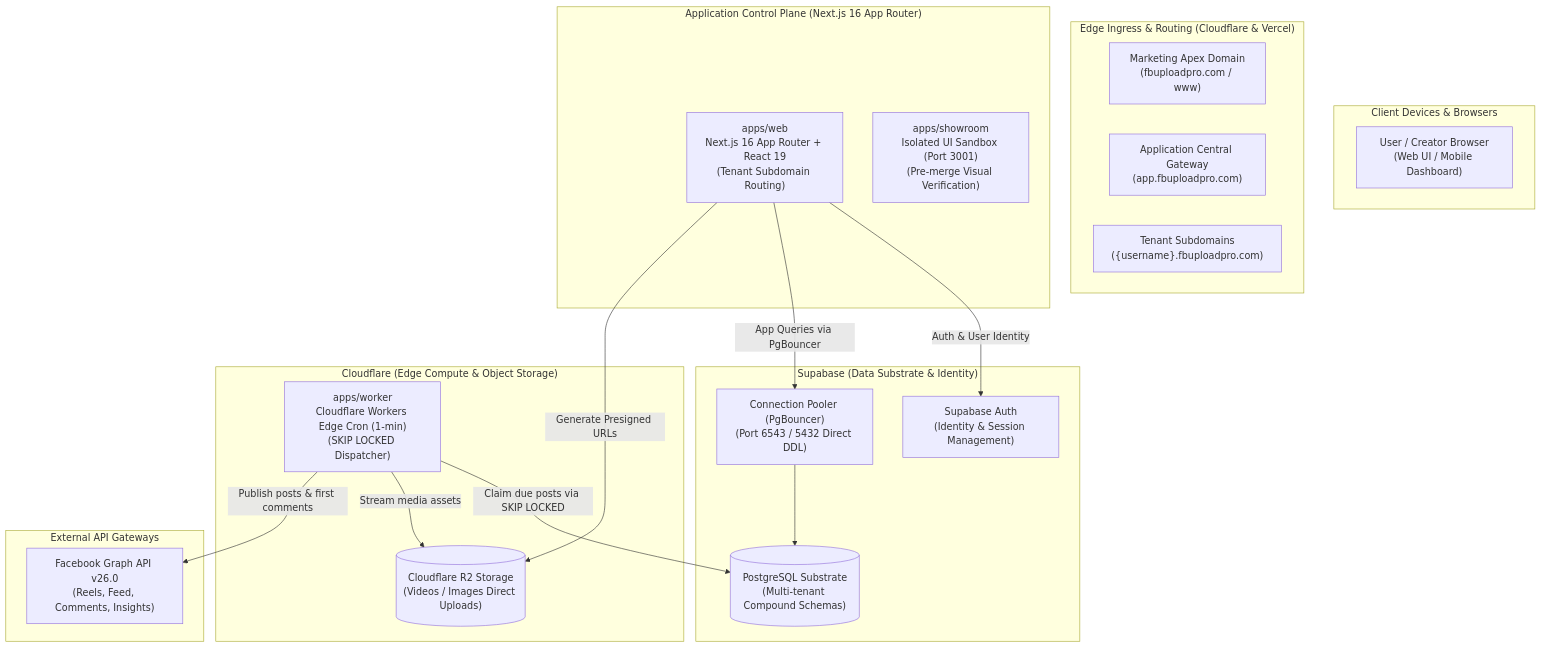
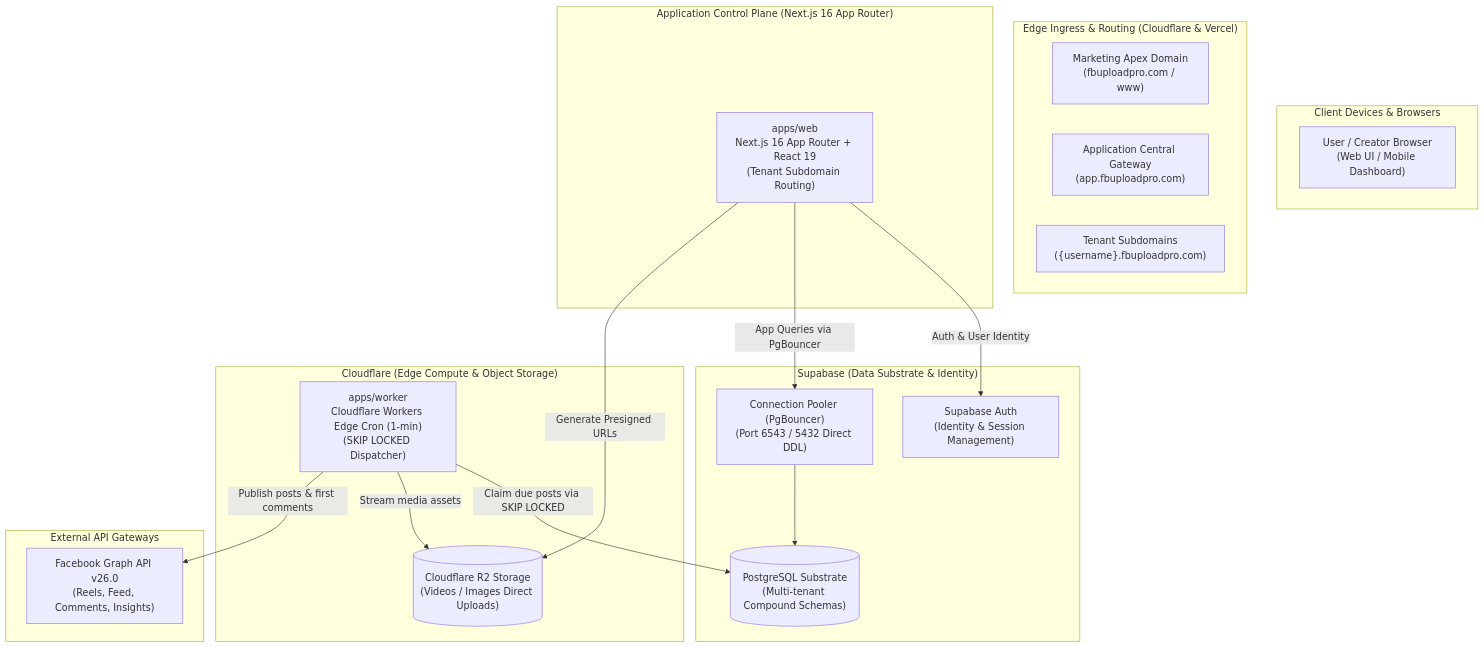
One commit to Velocta/fbuploadpro changed the first of 2 diagrams in docs/foundational-knowledge.md. Above: the diagram before and after it, drawn with Mermaid. The commit also changed other lines of this file and 13 other files, not shown here.

````diff
--- a/docs/foundational-knowledge.md
+++ b/docs/foundational-knowledge.md
@@ -13,40 +13,39 @@
 ```mermaid
 flowchart TD
     subgraph ClientLayer ["Client Devices & Browsers"]
         UserBrowser["User / Creator Browser\n(Web UI / Mobile Dashboard)"]
     end
 
     subgraph EdgeEntry ["Edge Ingress & Routing (Cloudflare & Vercel)"]
         Apex["Marketing Apex Domain\n(fbuploadpro.com / www)"]
         Gateway["Application Central Gateway\n(app.fbuploadpro.com)"]
         TenantWorkspace["Tenant Subdomains\n({username}.fbuploadpro.com)"]
     end
 
     subgraph AppPlane ["Application Control Plane (Next.js 16 App Router)"]
         Web["apps/web\nNext.js 16 App Router + React 19\n(Tenant Subdomain Routing)"]
-        Showroom["apps/showroom\nIsolated UI Sandbox (Port 3001)\n(Pre-merge Visual Verification)"]
     end
 
     subgraph SupabaseCloud ["Supabase (Data Substrate & Identity)"]
         Auth["Supabase Auth\n(Identity & Session Management)"]
         PG[("PostgreSQL Substrate\n(Multi-tenant Compound Schemas)")]
         Pooler["Connection Pooler (PgBouncer)\n(Port 6543 / 5432 Direct DDL)"]
     end
 
     subgraph CloudflareEdge ["Cloudflare (Edge Compute & Object Storage)"]
         Worker["apps/worker\nCloudflare Workers Edge Cron (1-min)\n(SKIP LOCKED Dispatcher)"]
         R2[("Cloudflare R2 Storage\n(Videos / Images Direct Uploads)")]
     end
 
     subgraph ExternalServices ["External API Gateways"]
         FB["Facebook Graph API v26.0\n(Reels, Feed, Comments, Insights)"]
     end
 
     Web -->|Auth & User Identity| Auth
     Web -->|App Queries via PgBouncer| Pooler
     Pooler --> PG
     Web -->|Generate Presigned URLs| R2
     Worker -->|Claim due posts via SKIP LOCKED| PG
     Worker -->|Stream media assets| R2
     Worker -->|Publish posts & first comments| FB
 ```
````
